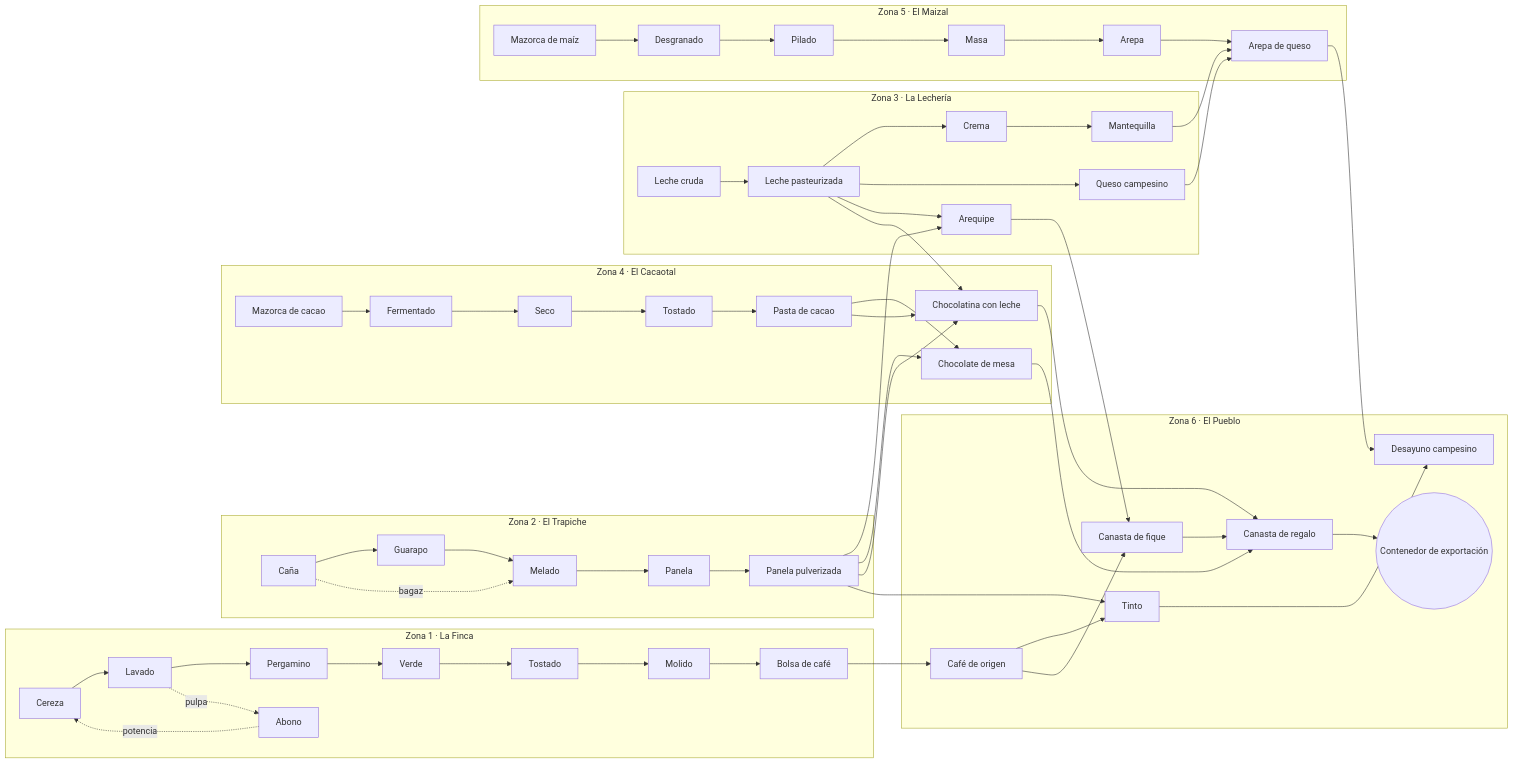
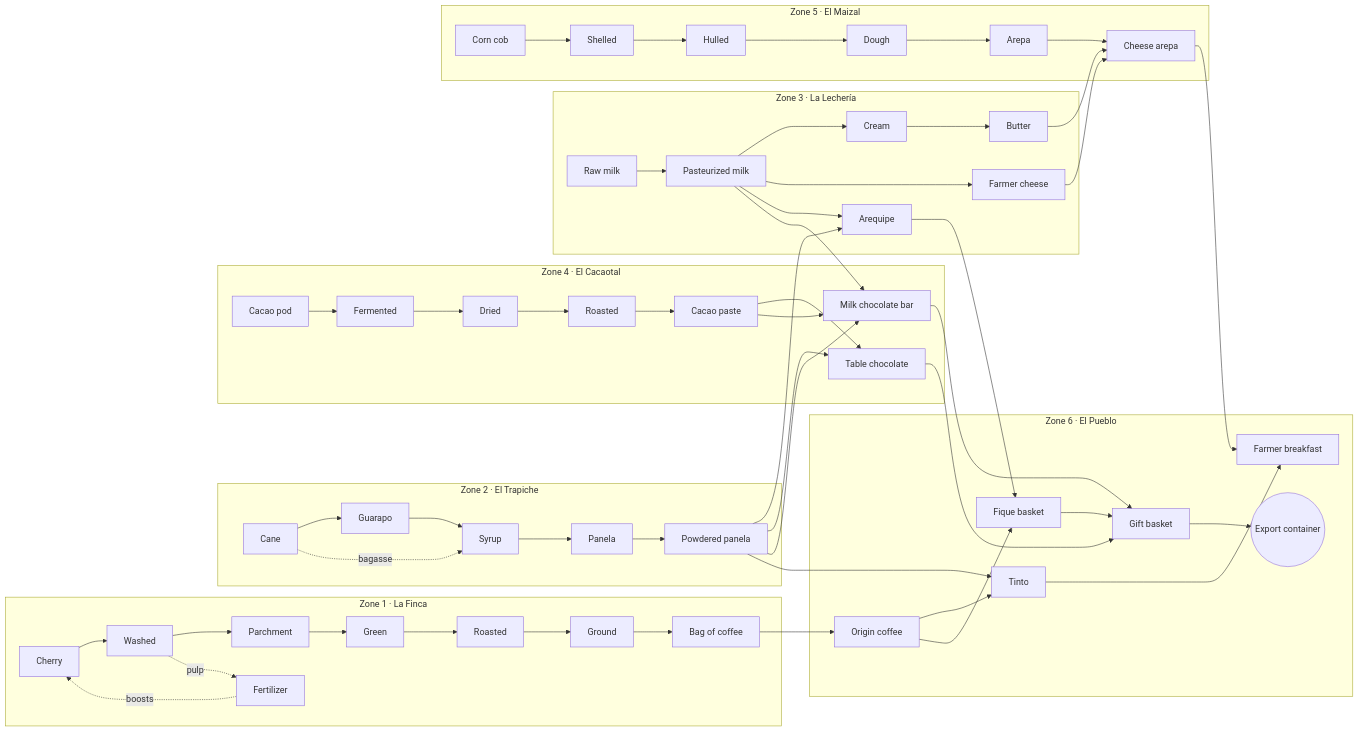
The diagram in docs/GDD.md (frealgagu/MiTierritaGame), drawn with Mermaid before and after one commit. The commit also changed other lines of this file and 106 other files, not shown here.

````diff
--- a/docs/GDD.md
+++ b/docs/GDD.md
@@ -124,37 +123,37 @@
 ```mermaid
 flowchart LR
-  subgraph Z1[Zona 1 · La Finca]
-    C1[Cereza] --> C2[Lavado] --> C3[Pergamino] --> C4[Verde] --> C5[Tostado] --> C6[Molido] --> C7[Bolsa de café]
-    C2 -.pulpa.-> AB[Abono] -.potencia.-> C1
+  subgraph Z1[Zone 1 · La Finca]
+    C1[Cherry] --> C2[Washed] --> C3[Parchment] --> C4[Green] --> C5[Roasted] --> C6[Ground] --> C7[Bag of coffee]
+    C2 -.pulp.-> AB[Fertilizer] -.boosts.-> C1
   end
-  subgraph Z2[Zona 2 · El Trapiche]
-    T1[Caña] --> T2[Guarapo] --> T3[Melado] --> T4[Panela] --> T5[Panela pulverizada]
-    T1 -.bagazo.-> T3
+  subgraph Z2[Zone 2 · El Trapiche]
+    T1[Cane] --> T2[Guarapo] --> T3[Syrup] --> T4[Panela] --> T5[Powdered panela]
+    T1 -.bagasse.-> T3
   end
-  subgraph Z3[Zona 3 · La Lechería]
-    L1[Leche cruda] --> L2[Leche pasteurizada] --> L3[Crema] --> L4[Mantequilla]
-    L2 --> L5[Queso campesino]
+  subgraph Z3[Zone 3 · La Lechería]
+    L1[Raw milk] --> L2[Pasteurized milk] --> L3[Cream] --> L4[Butter]
+    L2 --> L5[Farmer cheese]
     L2 --> L6[Arequipe]
   end
-  subgraph Z4[Zona 4 · El Cacaotal]
-    K1[Mazorca de cacao] --> K2[Fermentado] --> K3[Seco] --> K4[Tostado] --> K5[Pasta de cacao]
-    K5 --> K6[Chocolate de mesa]
-    K5 --> K7[Chocolatina con leche]
+  subgraph Z4[Zone 4 · El Cacaotal]
+    K1[Cacao pod] --> K2[Fermented] --> K3[Dried] --> K4[Roasted] --> K5[Cacao paste]
+    K5 --> K6[Table chocolate]
+    K5 --> K7[Milk chocolate bar]
   end
-  subgraph Z5[Zona 5 · El Maizal]
-    M1[Mazorca de maíz] --> M2[Desgranado] --> M3[Pilado] --> M4[Masa] --> M5[Arepa] --> M6[Arepa de queso]
+  subgraph Z5[Zone 5 · El Maizal]
+    M1[Corn cob] --> M2[Shelled] --> M3[Hulled] --> M4[Dough] --> M5[Arepa] --> M6[Cheese arepa]
   end
-  subgraph Z6[Zona 6 · El Pueblo]
-    P1[Café de origen] --> P2[Tinto] --> P3[Desayuno campesino]
-    P1 --> P4[Canasta de fique] --> P5[Canasta de regalo] --> P6((Contenedor de exportación))
+  subgraph Z6[Zone 6 · El Pueblo]
+    P1[Origin coffee] --> P2[Tinto] --> P3[Farmer breakfast]
+    P1 --> P4[Fique basket] --> P5[Gift basket] --> P6((Export container))
   end
   T5 --> L6 & K6 & K7 & P2
   L2 --> K7
   L5 --> M6
   L4 --> M6
   C7 --> P1
   M6 --> P3
   L6 --> P4
   K6 --> P5
   K7 --> P5
 ```
````
